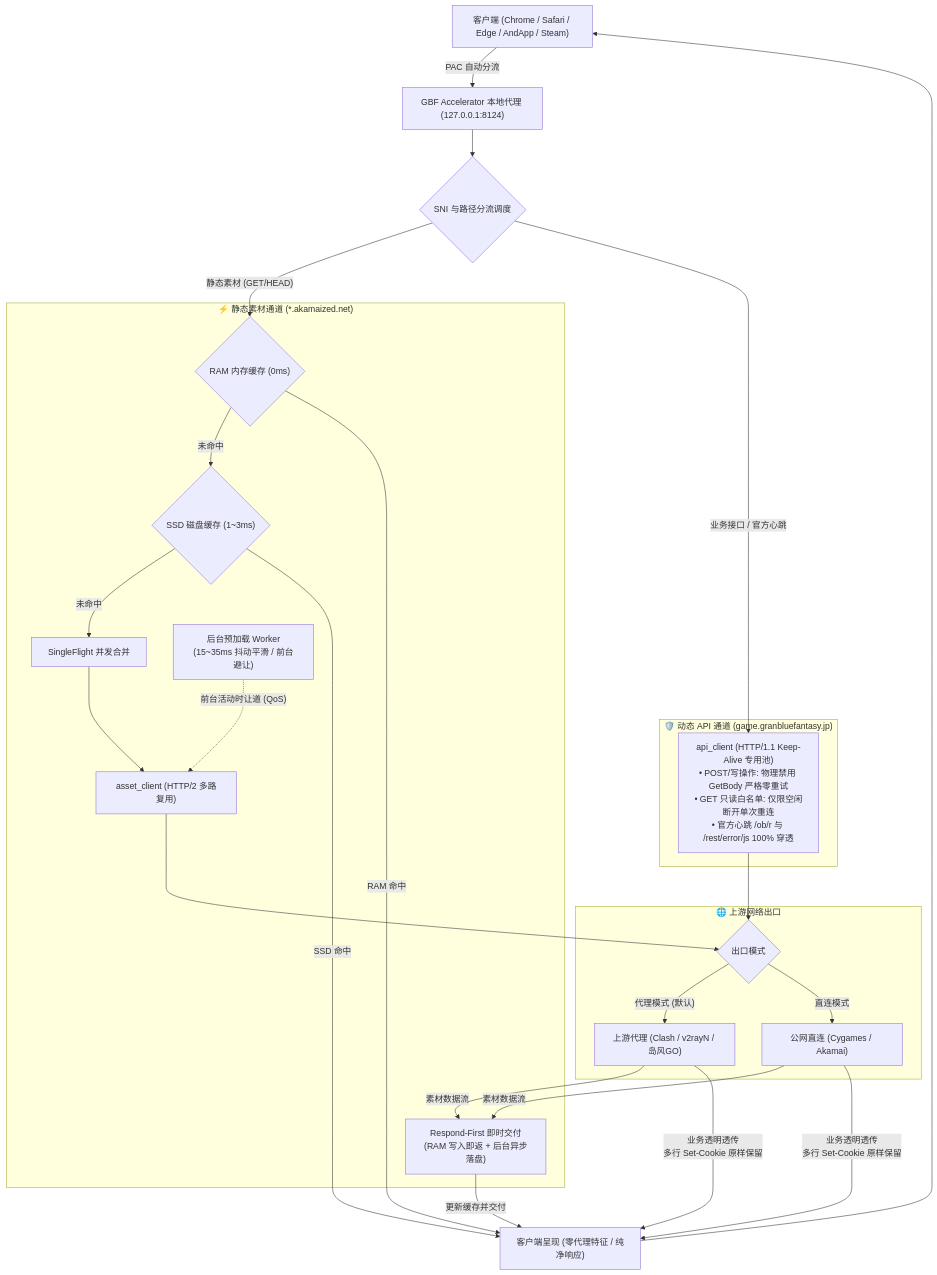
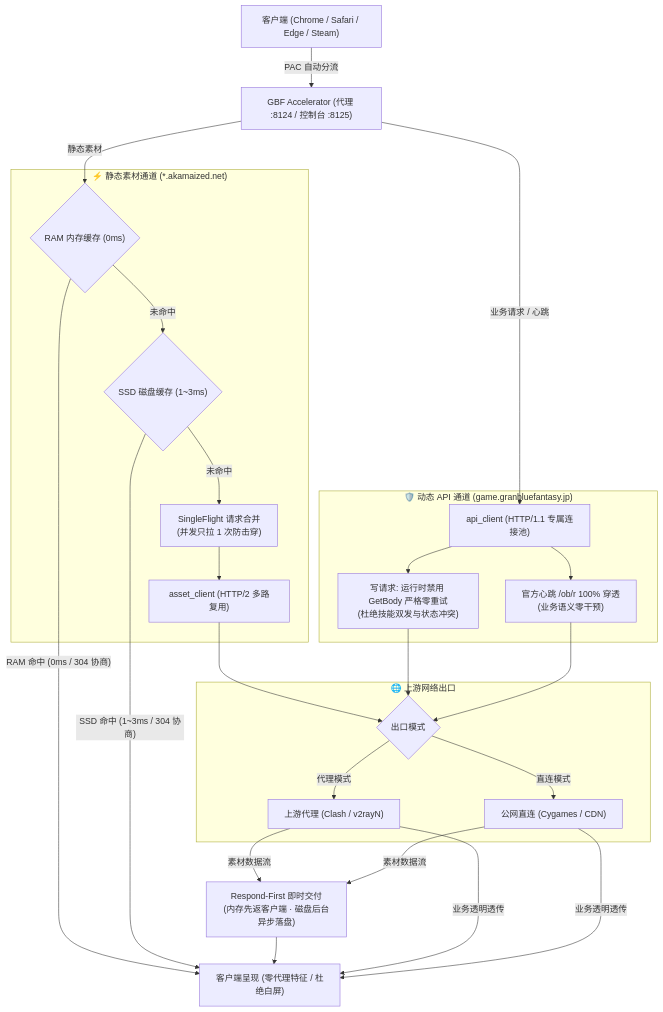
One commit to Sagisawa/GBF-Accelerator changed the diagram in README.md. Above: the diagram before and after it, drawn with Mermaid.

Commit message:
docs(readme): optimize data flow mermaid diagram for clarity, symmetry, and performance highlights

````diff
--- a/README.md
+++ b/README.md
@@ -30,53 +30,53 @@
 ```mermaid
 flowchart TD
-    Client["客户端 (Chrome / Safari / Edge / AndApp / Steam)"]
-    Proxy["GBF Accelerator 本地代理 (127.0.0.1:8124)"]
-    Dispatcher{"SNI 与路径分流调度"}
-    
+    Client["客户端 (Chrome / Safari / Edge / Steam)"]
+    Proxy["GBF Accelerator (代理 :8124 / 控制台 :8125)"]
+
     Client -->|"PAC 自动分流"| Proxy
-    Proxy --> Dispatcher
 
     subgraph AssetChannel ["⚡ 静态素材通道 (*.akamaized.net)"]
         RAMCheck{"RAM 内存缓存 (0ms)"}
         DiskCheck{"SSD 磁盘缓存 (1~3ms)"}
-        SingleFlight["SingleFlight 并发合并"]
+        SingleFlight["SingleFlight 请求合并<br/>(并发只拉 1 次防击穿)"]
         AssetClient["asset_client (HTTP/2 多路复用)"]
-        CacheStore["Respond-First 即时交付<br/>(RAM 写入即返 + 后台异步落盘)"]
-        PrefetchWorker["后台预加载 Worker<br/>(15~35ms 抖动平滑 / 前台避让)"]
-        
+
         RAMCheck -->|"未命中"| DiskCheck
         DiskCheck -->|"未命中"| SingleFlight
         SingleFlight --> AssetClient
-        PrefetchWorker -.->|"前台活动时让道 (QoS)"| AssetClient
     end
 
     subgraph APIChannel ["🛡️ 动态 API 通道 (game.granbluefantasy.jp)"]
-        APIClient["api_client (HTTP/1.1 Keep-Alive 专用池)<br/>• POST/写操作: 物理禁用 GetBody 严格零重试<br/>• GET 只读白名单: 仅限空闲断开单次重连<br/>• 官方心跳 /ob/r 与 /rest/error/js 100% 穿透"]
+        APIClient["api_client (HTTP/1.1 专属连接池)"]
+        ZeroRetry["写请求: 运行时禁用 GetBody 严格零重试<br/>(杜绝技能双发与状态冲突)"]
+        Heartbeat["官方心跳 /ob/r 100% 穿透<br/>(业务语义零干预)"]
+
+        APIClient --> ZeroRetry
+        APIClient --> Heartbeat
     end
 
     subgraph UpstreamGateway ["🌐 上游网络出口"]
         UpstreamMode{"出口模式"}
-        UpstreamProxy["上游代理 (Clash / v2rayN / 岛风GO)"]
-        DirectNet["公网直连 (Cygames / Akamai)"]
-        
-        UpstreamMode -->|"代理模式 (默认)"| UpstreamProxy
+        UpstreamProxy["上游代理 (Clash / v2rayN)"]
+        DirectNet["公网直连 (Cygames / CDN)"]
+
+        UpstreamMode -->|"代理模式"| UpstreamProxy
         UpstreamMode -->|"直连模式"| DirectNet
     end
 
-    Dispatcher -->|"静态素材 (GET/HEAD)"| RAMCheck
-    Dispatcher -->|"业务接口 / 官方心跳"| APIClient
+    Proxy -->|"静态素材"| RAMCheck
+    Proxy -->|"业务请求 / 心跳"| APIClient
 
     AssetClient --> UpstreamMode
-    APIClient --> UpstreamMode
+    ZeroRetry --> UpstreamMode
+    Heartbeat --> UpstreamMode
 
-    UpstreamProxy -->|"素材数据流"| CacheStore
-    DirectNet -->|"素材数据流"| CacheStore
-    CacheStore -->|"更新缓存并交付"| ResponseDeliver["客户端呈现 (零代理特征 / 纯净响应)"]
+    UpstreamProxy -->|"素材数据流"| RespondFirst["Respond-First 即时交付<br/>(内存先返客户端 · 磁盘后台异步落盘)"]
+    DirectNet -->|"素材数据流"| RespondFirst
 
-    RAMCheck -->|"RAM 命中"| ResponseDeliver
-    DiskCheck -->|"SSD 命中"| ResponseDeliver
+    RAMCheck -->|"RAM 命中 (0ms / 304 协商)"| Deliver["客户端呈现 (零代理特征 / 杜绝白屏)"]
+    DiskCheck -->|"SSD 命中 (1~3ms / 304 协商)"| Deliver
+    RespondFirst --> Deliver
 
-    UpstreamProxy -->|"业务透明透传<br/>多行 Set-Cookie 原样保留"| ResponseDeliver
-    DirectNet -->|"业务透明透传<br/>多行 Set-Cookie 原样保留"| ResponseDeliver
-    ResponseDeliver --> Client
+    UpstreamProxy -->|"业务透明透传"| Deliver
+    DirectNet -->|"业务透明透传"| Deliver
 ```
````
